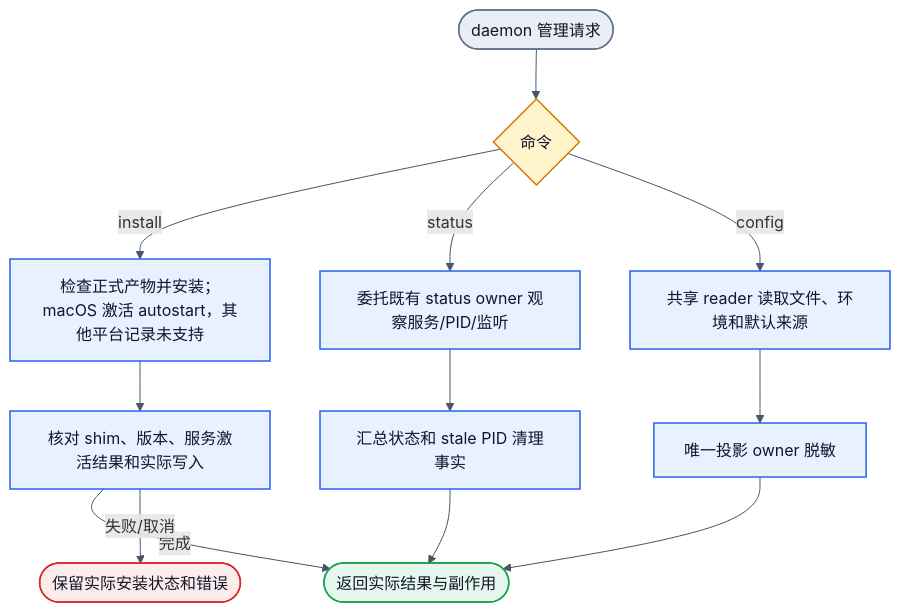
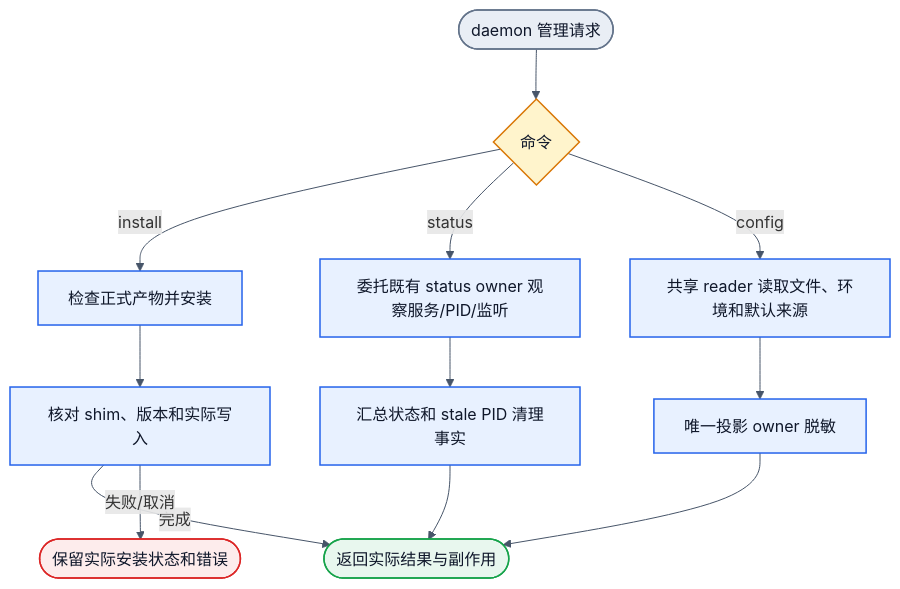
Before and after one commit to Jasonzhangf/zterm: the third of 3 diagrams in android/docs/decisions/2026-10-20-remote-cli.md, drawn with Mermaid. The commit also changed other lines of this file and 9 other files, not shown here.

````diff
--- a/android/docs/decisions/2026-10-20-remote-cli.md
+++ b/android/docs/decisions/2026-10-20-remote-cli.md
@@ -544,20 +544,20 @@
 ```mermaid
 flowchart TD
   D0([daemon 管理请求]):::boundary --> D1{命令}:::decision
-  D1 -->|install| D2[检查正式产物并安装；macOS 激活 autostart，其他平台记录未支持]:::action
-  D2 --> D3[核对 shim、版本、服务激活结果和实际写入]:::action
+  D1 -->|install| D2[检查正式产物并安装]:::action
+  D2 --> D3[核对 shim、版本和实际写入]:::action
   D1 -->|status| D4[委托既有 status owner 观察服务/PID/监听]:::action
   D4 --> D5[汇总状态和 stale PID 清理事实]:::action
   D1 -->|config| D6[共享 reader 读取文件、环境和默认来源]:::action
   D6 --> D7[唯一投影 owner 脱敏]:::action
   D3 -->|完成| DO([返回实际结果与副作用]):::success
   D3 -->|失败/取消| DF([保留实际安装状态和错误]):::failure
   D5 --> DO
   D7 --> DO
   classDef boundary fill:#E9EEF5,stroke:#64748B,color:#0F172A,stroke-width:1.5px
   classDef action fill:#E8F1FF,stroke:#2563EB,color:#0F172A,stroke-width:1.5px
   classDef decision fill:#FFF4CC,stroke:#D97706,color:#0F172A,stroke-width:1.5px
   classDef success fill:#E8F7EE,stroke:#16A34A,color:#0F172A,stroke-width:1.5px
   classDef failure fill:#FDECEC,stroke:#DC2626,color:#0F172A,stroke-width:1.5px
   linkStyle default stroke:#475569
 ```
````
